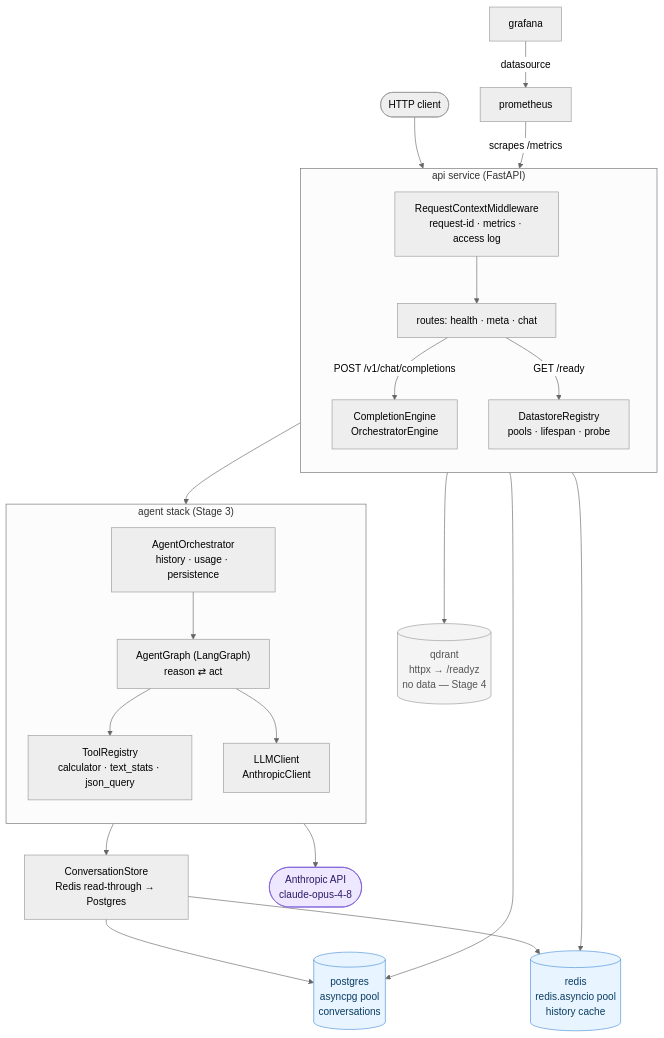
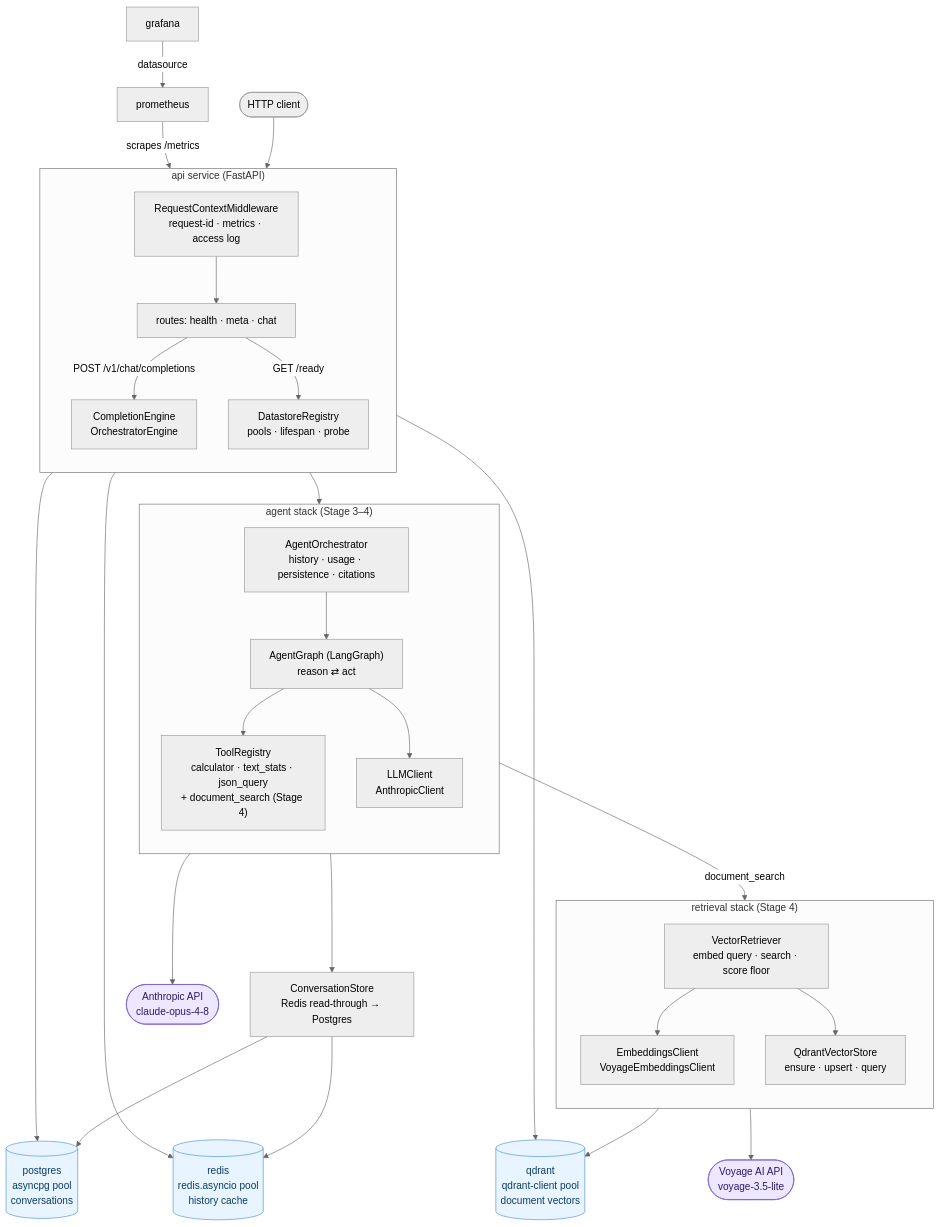
The first of 6 diagrams in docs/architecture.md (Zuleikha/production-llm-platform), drawn with Mermaid (neutral theme) before and after one commit. The commit also changed other lines of this file and 54 other files, not shown here.

First line of the commit message:
feat(retrieval): Stage 4 — RAG with grounded answers and citations

````diff
--- a/docs/architecture.md
+++ b/docs/architecture.md
@@ -29,56 +37,68 @@
 ```mermaid
 flowchart TD
     client([HTTP client])
 
     subgraph api["api service (FastAPI)"]
         direction TB
         mw["RequestContextMiddleware<br/>request-id · metrics · access log"]
         routes["routes: health · meta · chat"]
         engine["CompletionEngine<br/>OrchestratorEngine"]
         registry["DatastoreRegistry<br/>pools · lifespan · probe"]
 
         mw --> routes
         routes -->|"POST /v1/chat/completions"| engine
         routes -->|"GET /ready"| registry
     end
 
-    subgraph agent["agent stack (Stage 3)"]
+    subgraph agent["agent stack (Stage 3–4)"]
         direction TB
-        orch["AgentOrchestrator<br/>history · usage · persistence"]
+        orch["AgentOrchestrator<br/>history · usage · persistence · citations"]
         loop["AgentGraph (LangGraph)<br/>reason ⇄ act"]
-        tools["ToolRegistry<br/>calculator · text_stats · json_query"]
+        tools["ToolRegistry<br/>calculator · text_stats · json_query<br/>+ document_search (Stage 4)"]
         llm["LLMClient<br/>AnthropicClient"]
 
         orch --> loop
         loop --> tools
         loop --> llm
     end
 
+    subgraph retrieval["retrieval stack (Stage 4)"]
+        direction TB
+        retr["VectorRetriever<br/>embed query · search · score floor"]
+        emb["EmbeddingsClient<br/>VoyageEmbeddingsClient"]
+        vstore["QdrantVectorStore<br/>ensure · upsert · query"]
+
+        retr --> emb
+        retr --> vstore
+    end
+
     store["ConversationStore<br/>Redis read-through → Postgres"]
 
     pg[("postgres<br/>asyncpg pool<br/>conversations")]
     rd[("redis<br/>redis.asyncio pool<br/>history cache")]
-    qd[("qdrant<br/>httpx → /readyz<br/>no data — Stage 4")]
+    qd[("qdrant<br/>qdrant-client pool<br/>document vectors")]
 
     anthropic(["Anthropic API<br/>claude-opus-4-8"])
+    voyage(["Voyage AI API<br/>voyage-3.5-lite"])
 
     client --> mw
     engine --> orch
     orch --> store
     store --> rd
     store --> pg
     llm --> anthropic
+    tools -->|"document_search"| retr
+    emb --> voyage
+    vstore --> qd
     registry --> pg
     registry --> rd
     registry --> qd
 
     prom["prometheus"] -->|"scrapes /metrics"| api
     graf["grafana"] -->|"datasource"| prom
 
     classDef external fill:#ede7ff,stroke:#7b5cd6,color:#2c1a66
     classDef store fill:#e8f4ff,stroke:#4a90d9,color:#0a3d62
-    classDef unbuilt fill:#f4f4f4,stroke:#999,color:#555
-    class anthropic external
-    class pg,rd store
-    class qd unbuilt
+    class anthropic,voyage external
+    class pg,rd,qd store
 ```
````
